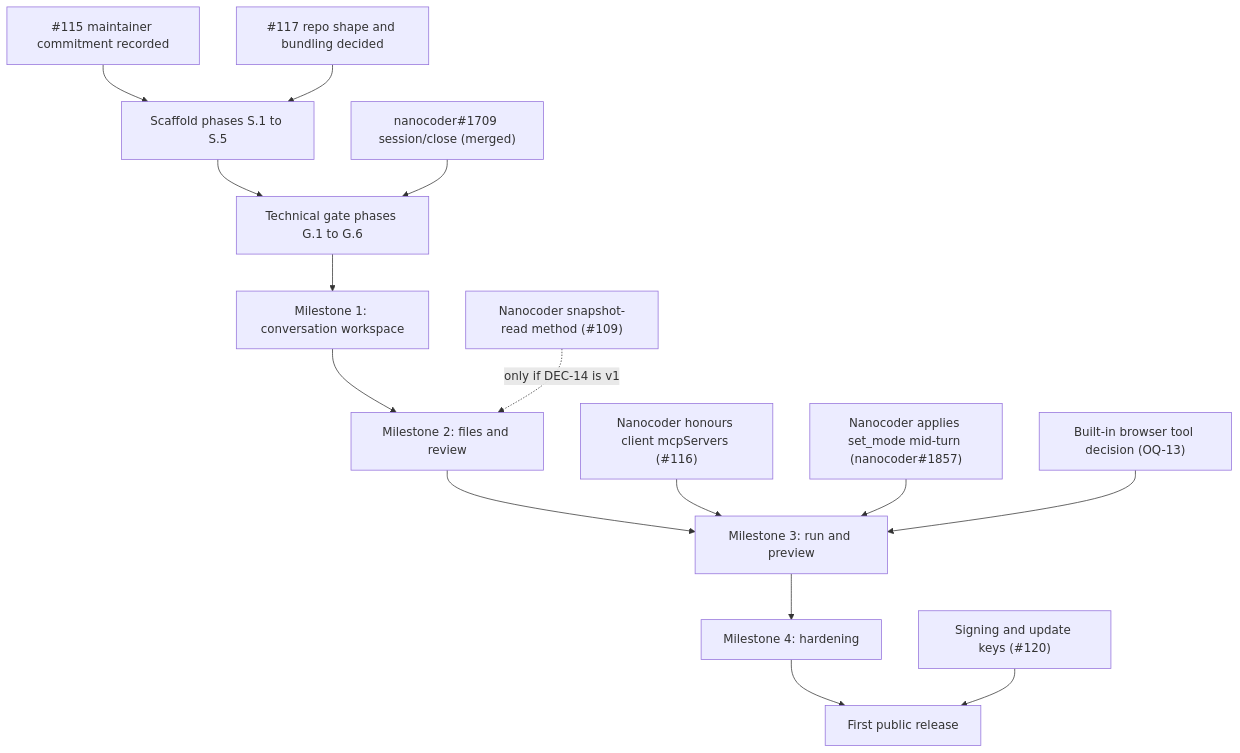
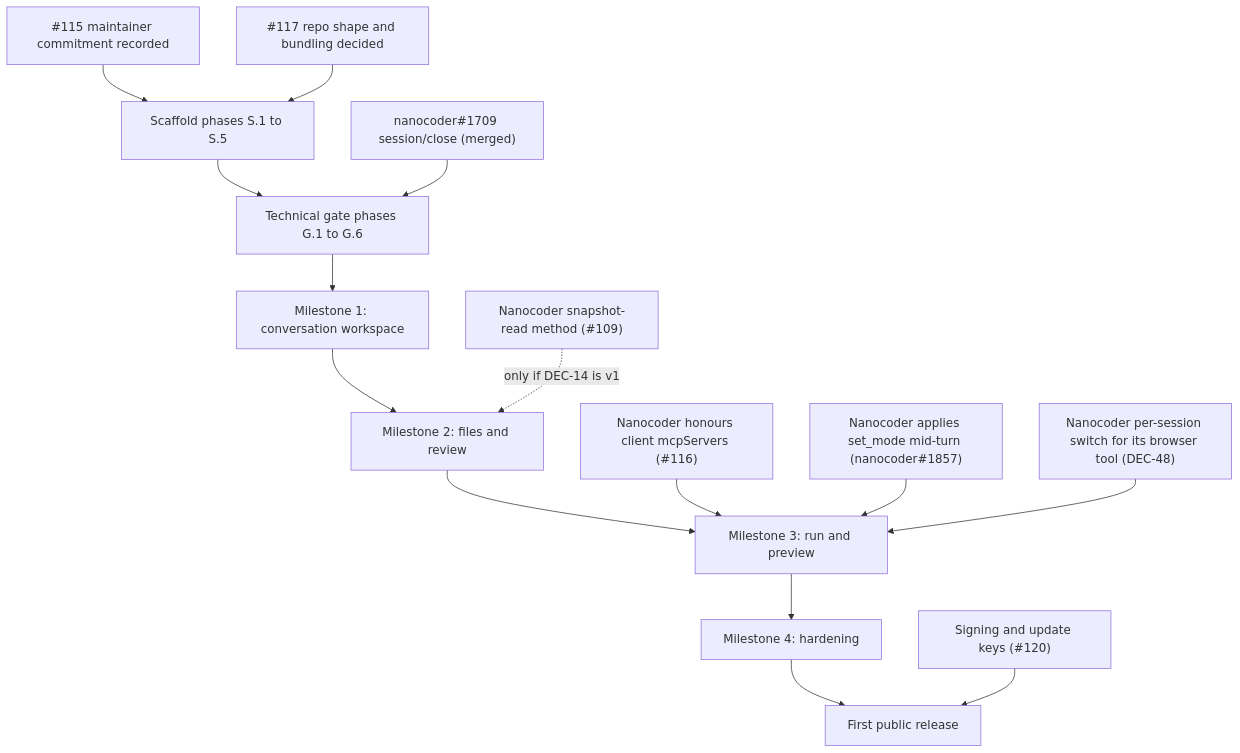
Before and after one commit to Nano-Collective/nanocoder-desktop: the diagram in planning/roadmap.md, drawn with Mermaid. The commit also changed other lines of this file and 10 other files, not shown here.

Commit message:
docs: record the browser use decisions and the Nanocoder changes that now exist

````diff
--- a/planning/roadmap.md
+++ b/planning/roadmap.md
@@ -31,30 +31,30 @@
 ```mermaid
 flowchart TB
     P115["#115 maintainer commitment recorded"]
     P117["#117 repo shape and bundling decided"]
     Scaffold["Scaffold phases S.1 to S.5"]
     Gate["Technical gate phases G.1 to G.6"]
     M1["Milestone 1: conversation workspace"]
     M2["Milestone 2: files and review"]
     M3["Milestone 3: run and preview"]
     M4["Milestone 4: hardening"]
     Release["First public release"]
 
     NCclose["nanocoder#1709 session/close (merged)"]
     NCmcp["Nanocoder honours client mcpServers (#116)"]
     NCsnap["Nanocoder snapshot-read method (#109)"]
     NCmode["Nanocoder applies set_mode mid-turn (nanocoder#1857)"]
-    NCbrowser["Built-in browser tool decision (OQ-13)"]
+    NCbrowser["Nanocoder per-session switch for its browser tool (DEC-48)"]
     Sign["Signing and update keys (#120)"]
 
     P115 --> Scaffold
     P117 --> Scaffold
     Scaffold --> Gate
     NCclose --> Gate
     Gate --> M1 --> M2 --> M3 --> M4 --> Release
     NCsnap -.->|"only if DEC-14 is v1"| M2
     NCmcp --> M3
     NCmode --> M3
     NCbrowser --> M3
     Sign --> Release
 ```
````
